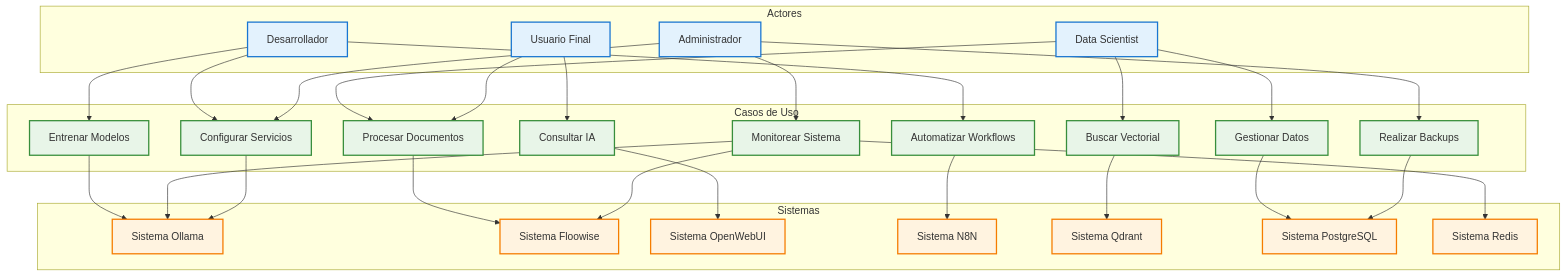
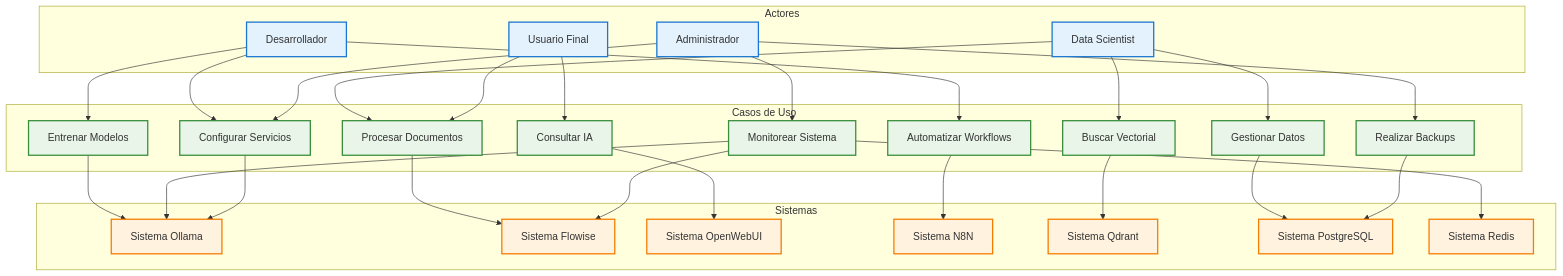
Before and after one commit to EdissonGirald0/laboratorioAI: the fifth of 8 diagrams in README.md, drawn with Mermaid. The commit also changed other lines of this file and 12 other files, not shown here.

````diff
--- a/README.md
+++ b/README.md
@@ -310,66 +294,66 @@
 ```mermaid
 graph TB
     subgraph Actores
         DEV[Desarrollador]
         DATA[Data Scientist]
         USER[Usuario Final]
         ADMIN[Administrador]
     end
     
     subgraph CasosDeUso ["Casos de Uso"]
         UC1["Entrenar Modelos"]
         UC2["Procesar Documentos"]
         UC3["Consultar IA"]
         UC4["Automatizar Workflows"]
         UC5["Buscar Vectorial"]
         UC6["Gestionar Datos"]
         UC7["Monitorear Sistema"]
         UC8["Realizar Backups"]
         UC9["Configurar Servicios"]
     end
     
     subgraph Sistemas
         OL_SYSTEM[Sistema Ollama]
-        FW_SYSTEM[Sistema Floowise]
+        FW_SYSTEM[Sistema Flowise]
         UI_SYSTEM[Sistema OpenWebUI]
         N8N_SYSTEM[Sistema N8N]
         QD_SYSTEM[Sistema Qdrant]
         PG_SYSTEM[Sistema PostgreSQL]
         RD_SYSTEM[Sistema Redis]
     end
     
     DEV --> UC1
     DEV --> UC4
     DEV --> UC9
     
     DATA --> UC2
     DATA --> UC5
     DATA --> UC6
     
     USER --> UC3
     USER --> UC2
     
     ADMIN --> UC7
     ADMIN --> UC8
     ADMIN --> UC9
     
     UC1 --> OL_SYSTEM
     UC2 --> FW_SYSTEM
     UC3 --> UI_SYSTEM
     UC4 --> N8N_SYSTEM
     UC5 --> QD_SYSTEM
     UC6 --> PG_SYSTEM
     UC7 --> OL_SYSTEM
     UC7 --> FW_SYSTEM
     UC7 --> RD_SYSTEM
     UC8 --> PG_SYSTEM
     UC9 --> OL_SYSTEM
     
     classDef actorClass fill:#e3f2fd,stroke:#1976d2,stroke-width:2px
     classDef ucClass fill:#e8f5e8,stroke:#388e3c,stroke-width:2px
     classDef systemClass fill:#fff3e0,stroke:#f57c00,stroke-width:2px
     
     class DEV,DATA,USER,ADMIN actorClass
     class UC1,UC2,UC3,UC4,UC5,UC6,UC7,UC8,UC9 ucClass
     class OL_SYSTEM,FW_SYSTEM,UI_SYSTEM,N8N_SYSTEM,QD_SYSTEM,PG_SYSTEM,RD_SYSTEM systemClass
 ```
````
